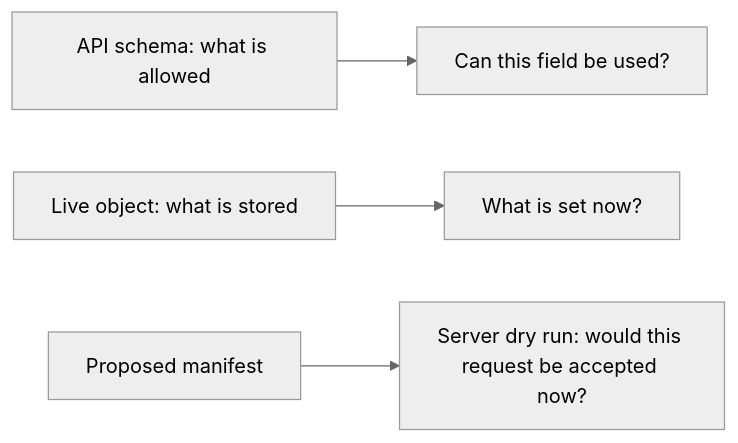
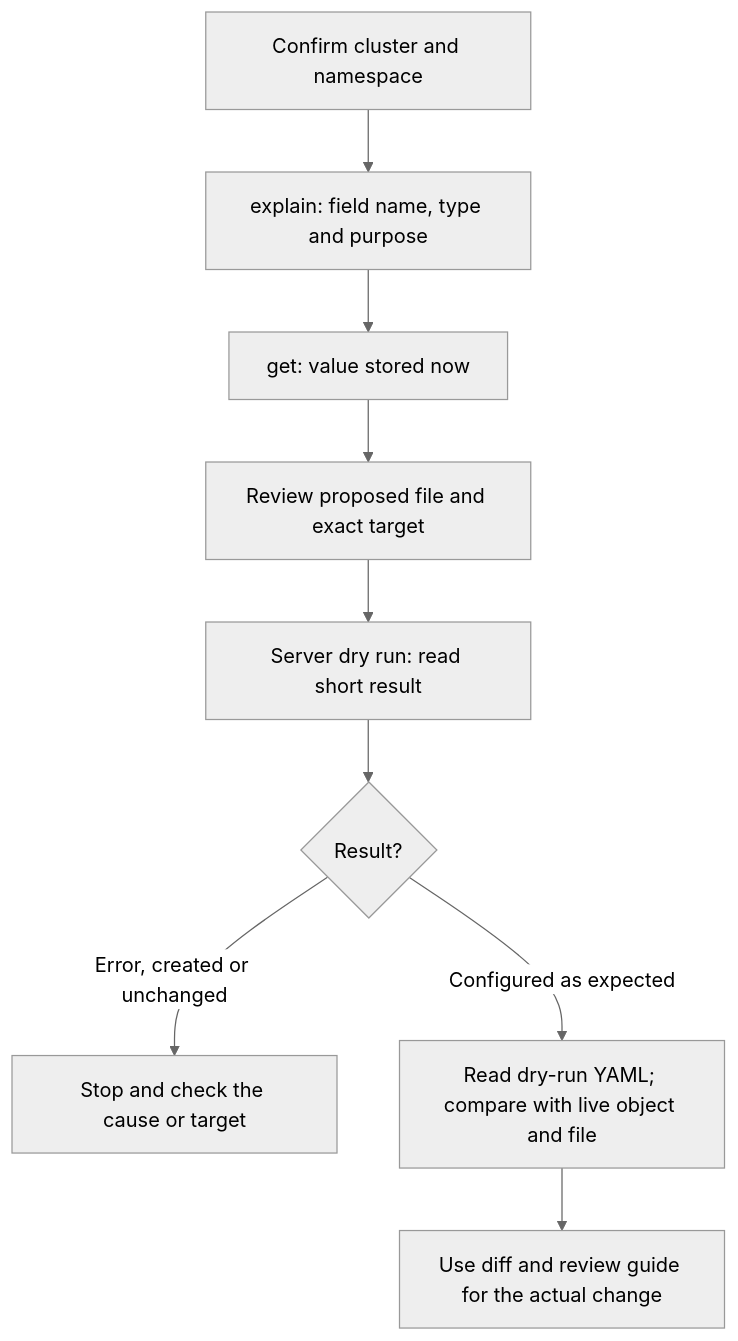
Before and after one commit to David-A18/MY-humble-knowledge-for-everyone: the diagram in knowledge/kubernetes/commands/advanced-commands.md, drawn with Mermaid (neutral theme). The commit also changed other lines of this file and 5 other files, not shown here.

Commit message:
Clarify Kubernetes API field inspection

````diff
--- a/knowledge/kubernetes/commands/advanced-commands.md
+++ b/knowledge/kubernetes/commands/advanced-commands.md
@@ -37,6 +55,11 @@
 ```mermaid
-flowchart LR
-  schema["API schema: what is allowed"] --> question["Can this field be used?"]
-  live["Live object: what is stored"] --> current["What is set now?"]
-  file["Proposed manifest"] --> dry["Server dry run: would this request be accepted now?"]
+flowchart TB
+  target["Confirm cluster and namespace"] --> schema["explain: field name, type and purpose"]
+  schema --> live["get: value stored now"]
+  live --> file["Review proposed file and exact target"]
+  file --> dry["Server dry run: read short result"]
+  dry --> decision{"Result?"}
+  decision -- "Error, created or unchanged" --> stop["Stop and check the cause or target"]
+  decision -- "Configured as expected" --> yaml["Read dry-run YAML; compare with live object and file"]
+  yaml --> review["Use diff and review guide for the actual change"]
 ```
````
